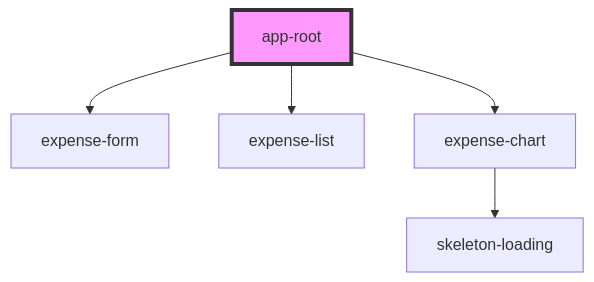
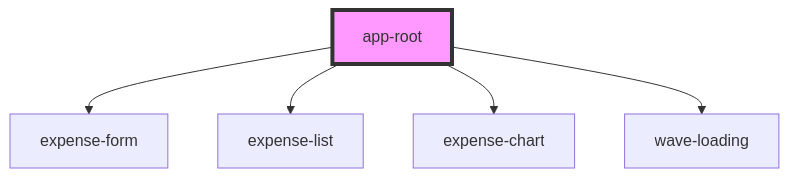
The diagram in src/components/app-root/readme.md (AdedayoMj/B_Stencil_Frontend), drawn with Mermaid before and after one commit. The commit also changed other lines of this file and 3 other files, not shown here.

````diff
--- a/src/components/app-root/readme.md
+++ b/src/components/app-root/readme.md
@@ -23,8 +29,8 @@
 ```mermaid
 graph TD;
   app-root --> expense-form
   app-root --> expense-list
   app-root --> expense-chart
-  expense-chart --> skeleton-loading
+  app-root --> wave-loading
   style app-root fill:#f9f,stroke:#333,stroke-width:4px
 ```
````
